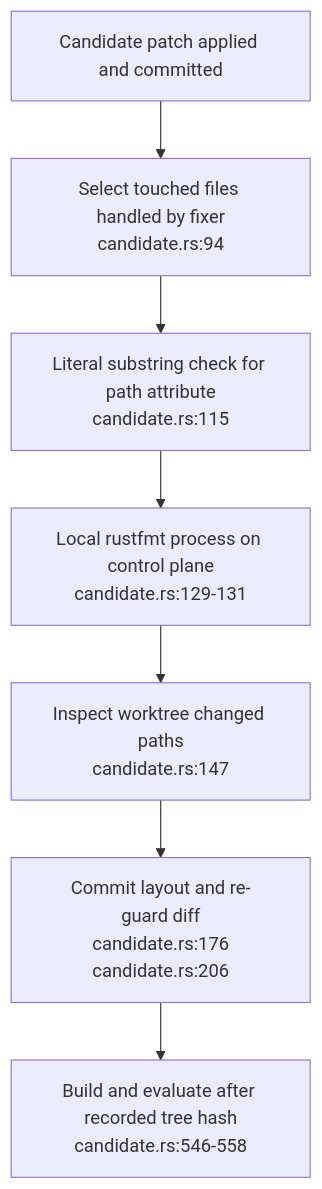
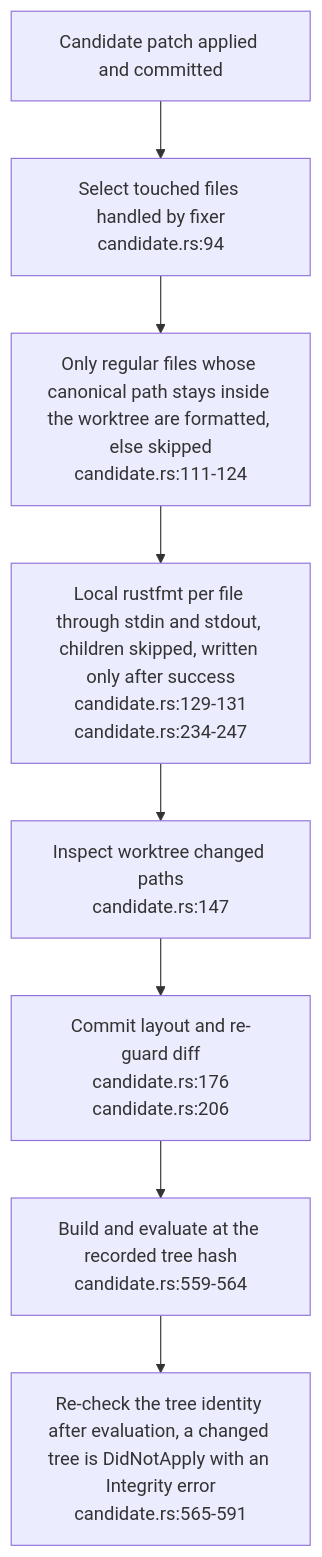
Before and after one commit to DreamLab-AI/VisionFlow: the second of 4 diagrams in docs/diagrams/dream-engine/02-candidate-and-evidence-boundaries.md, drawn with Mermaid. The commit also changed other lines of this file and 36 other files, not shown here.

First line of the commit message:
docs(diagrams): re-derive and re-stamp agentbox, dream-engine, visioncraft, visiontouch and vowl topics; drop LAN addresses

````diff
--- a/docs/diagrams/dream-engine/02-candidate-and-evidence-boundaries.md
+++ b/docs/diagrams/dream-engine/02-candidate-and-evidence-boundaries.md
@@ -51,9 +51,10 @@
 ```mermaid
 flowchart TB
     PREP["Candidate patch applied and committed"] --> FILES["Select touched files handled by fixer<br/>candidate.rs:94"]
-    FILES --> SCAN["Literal substring check for path attribute<br/>candidate.rs:115"]
-    SCAN --> FMT["Local rustfmt process on control plane<br/>candidate.rs:129-131"]
+    FILES --> SCAN["Only regular files whose canonical path stays inside the worktree are formatted, else skipped<br/>candidate.rs:111-124"]
+    SCAN --> FMT["Local rustfmt per file through stdin and stdout, children skipped, written only after success<br/>candidate.rs:129-131<br/>candidate.rs:234-247"]
     FMT --> STATUS["Inspect worktree changed paths<br/>candidate.rs:147"]
     STATUS --> COMMIT["Commit layout and re-guard diff<br/>candidate.rs:176<br/>candidate.rs:206"]
-    COMMIT --> EVAL["Build and evaluate after recorded tree hash<br/>candidate.rs:546-558"]
+    COMMIT --> EVAL["Build and evaluate at the recorded tree hash<br/>candidate.rs:559-564"]
+    EVAL --> INTEG["Re-check the tree identity after evaluation, a changed tree is DidNotApply with an Integrity error<br/>candidate.rs:565-591"]
 ```
````
